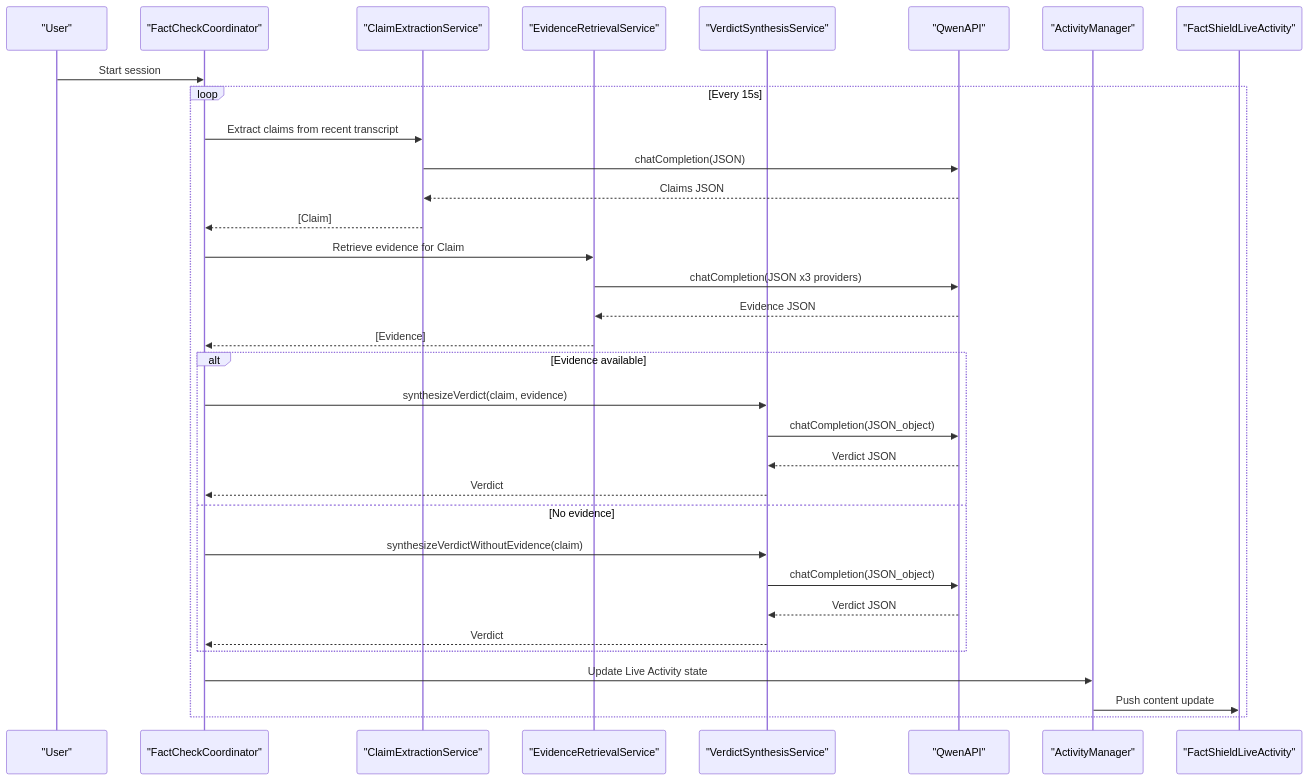
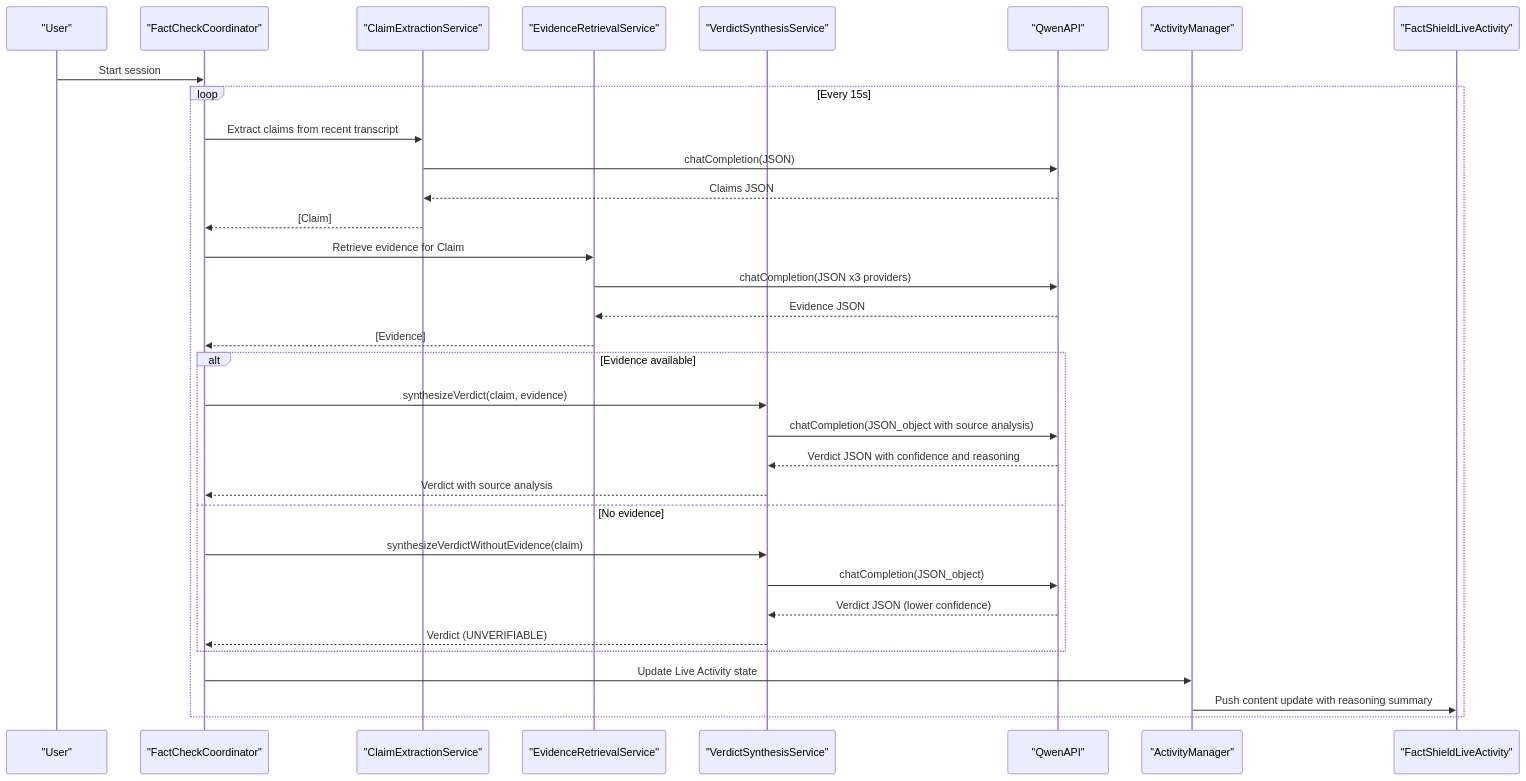
The second of 4 diagrams in .qoder/repowiki/en/content/Core Services/Verdict Synthesis.md (alexandreybasta-cyber/factshield-ios), drawn with Mermaid before and after one commit. The commit also changed other lines of this file and 97 other files, not shown here.

````diff
--- a/.qoder/repowiki/en/content/Core Services/Verdict Synthesis.md
+++ b/.qoder/repowiki/en/content/Core Services/Verdict Synthesis.md
@@ -150,35 +160,35 @@
 ```mermaid
 sequenceDiagram
 participant User as "User"
 participant FC as "FactCheckCoordinator"
 participant CE as "ClaimExtractionService"
 participant ER as "EvidenceRetrievalService"
 participant VS as "VerdictSynthesisService"
 participant QA as "QwenAPI"
 participant AM as "ActivityManager"
 participant LA as "FactShieldLiveActivity"
 User->>FC : Start session
 loop Every 15s
 FC->>CE : Extract claims from recent transcript
 CE->>QA : chatCompletion(JSON)
 QA-->>CE : Claims JSON
 CE-->>FC : [Claim]
 FC->>ER : Retrieve evidence for Claim
 ER->>QA : chatCompletion(JSON x3 providers)
 QA-->>ER : Evidence JSON
 ER-->>FC : [Evidence]
 alt Evidence available
 FC->>VS : synthesizeVerdict(claim, evidence)
-VS->>QA : chatCompletion(JSON_object)
-QA-->>VS : Verdict JSON
-VS-->>FC : Verdict
+VS->>QA : chatCompletion(JSON_object with source analysis)
+QA-->>VS : Verdict JSON with confidence and reasoning
+VS-->>FC : Verdict with source analysis
 else No evidence
 FC->>VS : synthesizeVerdictWithoutEvidence(claim)
 VS->>QA : chatCompletion(JSON_object)
-QA-->>VS : Verdict JSON
-VS-->>FC : Verdict
+QA-->>VS : Verdict JSON (lower confidence)
+VS-->>FC : Verdict (UNVERIFIABLE)
 end
 FC->>AM : Update Live Activity state
-AM->>LA : Push content update
+AM->>LA : Push content update with reasoning summary
 end
 ```
````
